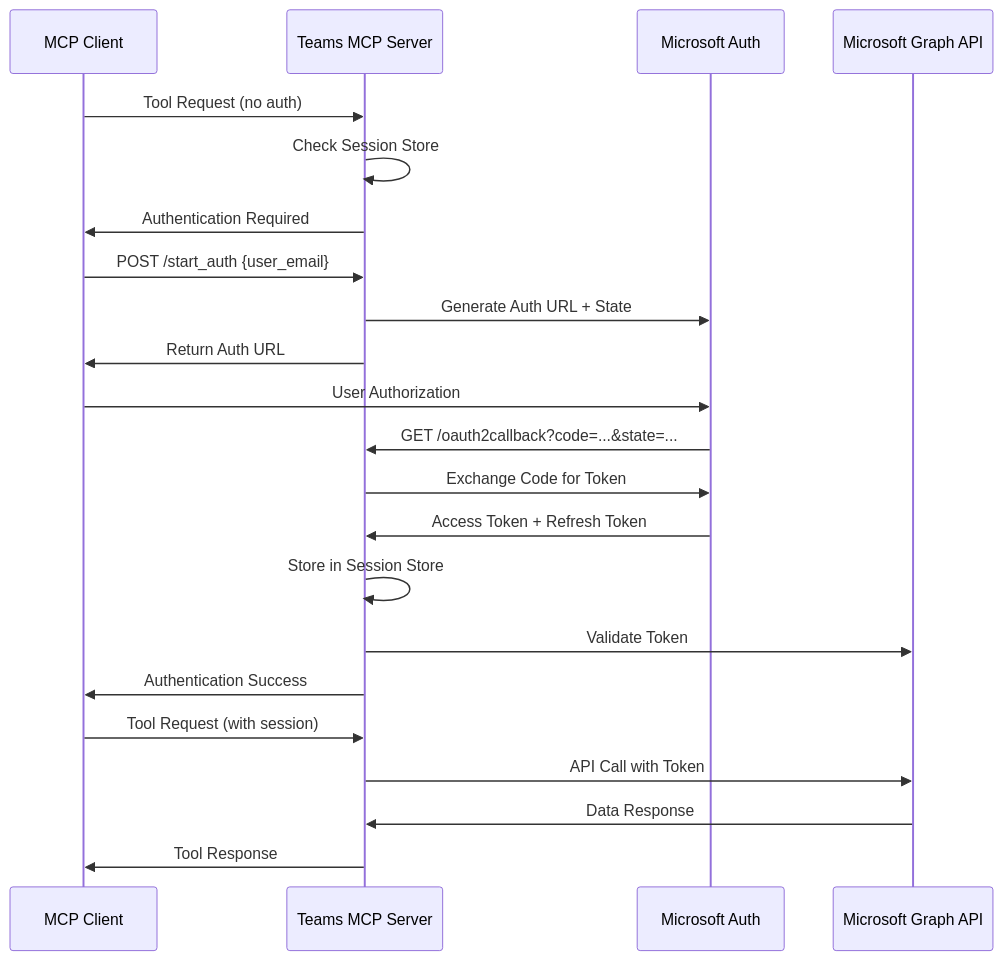
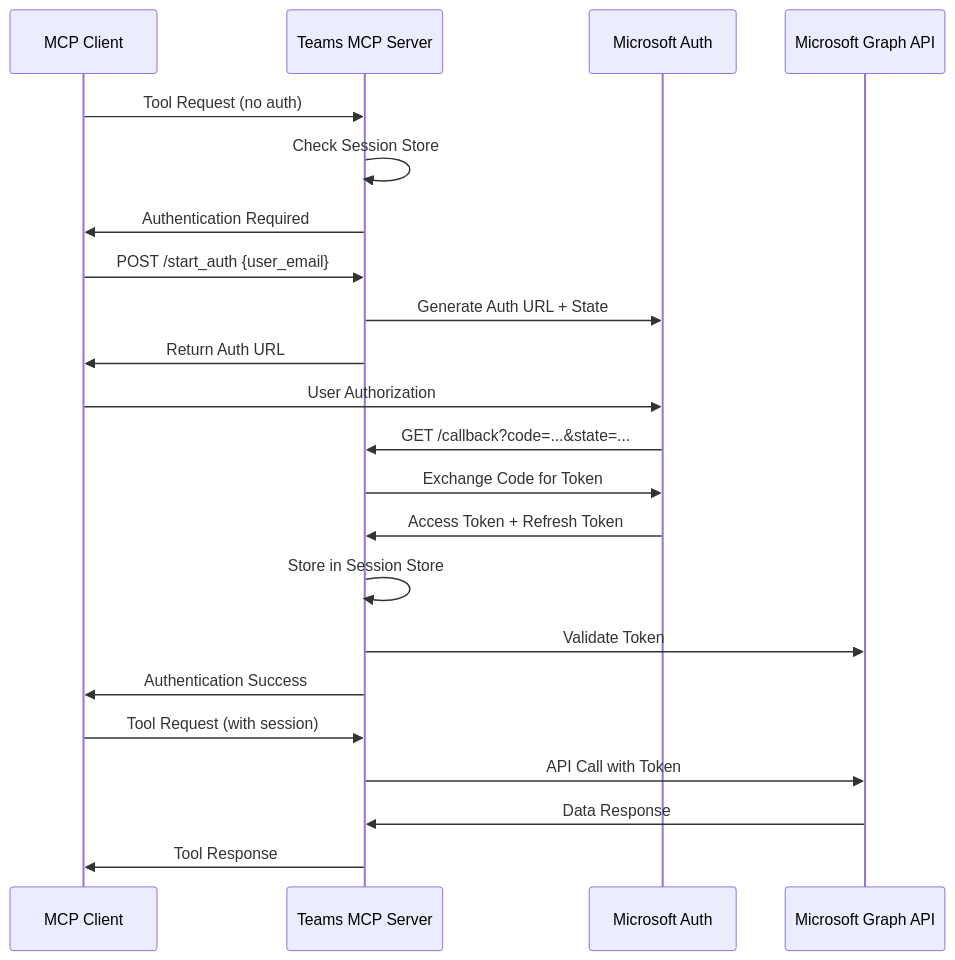
One commit to doto-psh/teams-mcp changed the diagram in concept.md. Above: the diagram before and after it, drawn with Mermaid. The commit also changed other lines of this file and 12 other files, not shown here.

Commit message:
Modify oauth callback router

````diff
--- a/concept.md
+++ b/concept.md
@@ -48,25 +48,25 @@
 ```mermaid
 sequenceDiagram
     participant Client as MCP Client
     participant Server as Teams MCP Server
     participant MSAuth as Microsoft Auth
     participant Graph as Microsoft Graph API
 
     Client->>Server: Tool Request (no auth)
     Server->>Server: Check Session Store
     Server->>Client: Authentication Required
     Client->>Server: POST /start_auth {user_email}
     Server->>MSAuth: Generate Auth URL + State
     Server->>Client: Return Auth URL
     Client->>MSAuth: User Authorization
-    MSAuth->>Server: GET /oauth2callback?code=...&state=...
+    MSAuth->>Server: GET /callback?code=...&state=...
     Server->>MSAuth: Exchange Code for Token
     MSAuth->>Server: Access Token + Refresh Token
     Server->>Server: Store in Session Store
     Server->>Graph: Validate Token
     Server->>Client: Authentication Success
     Client->>Server: Tool Request (with session)
     Server->>Graph: API Call with Token
     Graph->>Server: Data Response
     Server->>Client: Tool Response
 ```
````
